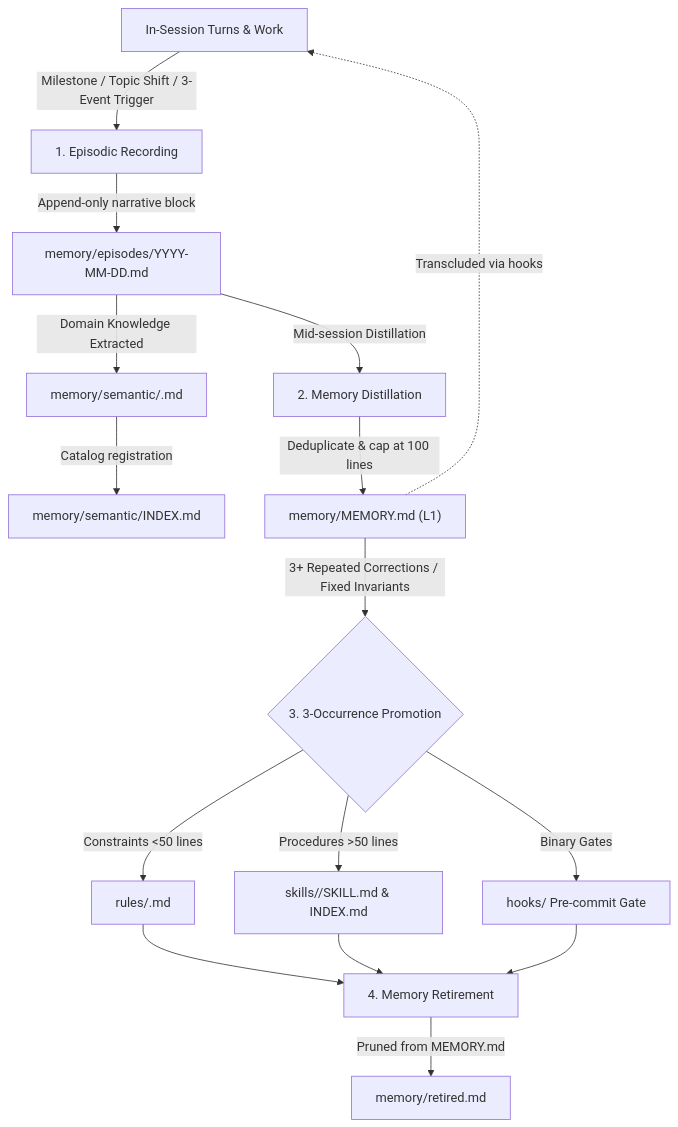
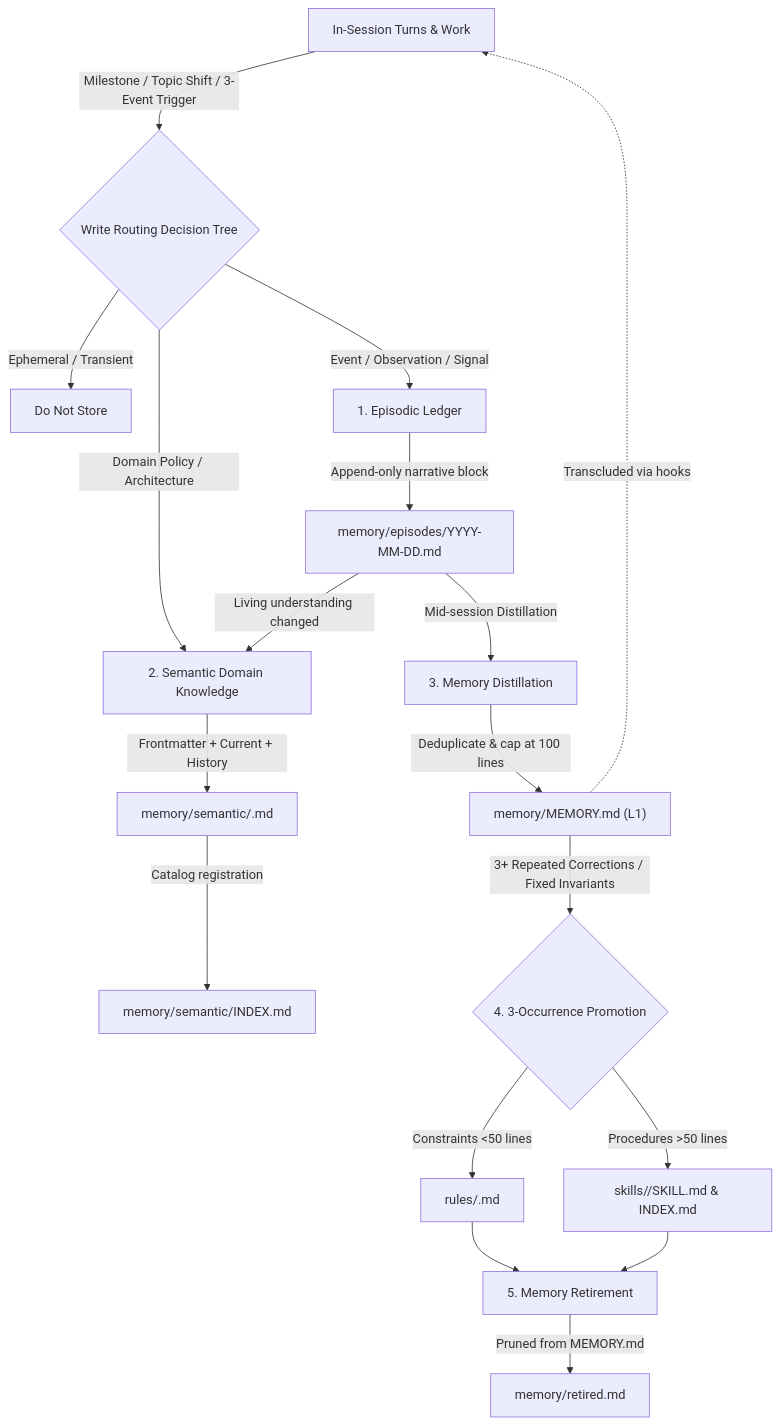
One commit to 2JIHAN/harnemon changed the diagram in docs/memory-architecture.md. Above: the diagram before and after it, drawn with Mermaid. The commit also changed other lines of this file and 8 other files, not shown here.

Commit message:
feat(memory): integrate Write Routing Tree and Current+History format

````diff
--- a/docs/memory-architecture.md
+++ b/docs/memory-architecture.md
@@ -19,22 +19,25 @@
 ```mermaid
 flowchart TD
-    Session[In-Session Turns & Work] -->|Milestone / Topic Shift / 3-Event Trigger| Record[1. Episodic Recording]
+    Session[In-Session Turns & Work] -->|Milestone / Topic Shift / 3-Event Trigger| Route{Write Routing Decision Tree}
+    
+    Route -->|Ephemeral / Transient| Skip[Do Not Store]
+    Route -->|Event / Observation / Signal| Record[1. Episodic Ledger]
     Record -->|Append-only narrative block| Episodes["memory/episodes/YYYY-MM-DD.md"]
     
-    Episodes -->|Domain Knowledge Extracted| Semantic["memory/semantic/<topic>.md"]
-    Semantic -->|Catalog registration| SemIndex["memory/semantic/INDEX.md"]
+    Route -->|Domain Policy / Architecture| Semantic[2. Semantic Domain Knowledge]
+    Episodes -->|Living understanding changed| Semantic
+    Semantic -->|Frontmatter + Current + History| SemDoc["memory/semantic/<topic>.md"]
+    SemDoc -->|Catalog registration| SemIndex["memory/semantic/INDEX.md"]
     
-    Episodes -->|Mid-session Distillation| Distill[2. Memory Distillation]
+    Episodes -->|Mid-session Distillation| Distill[3. Memory Distillation]
     Distill -->|Deduplicate & cap at 100 lines| Memory["memory/MEMORY.md (L1)"]
     Memory -.->|Transcluded via hooks| Session
     
-    Memory -->|3+ Repeated Corrections / Fixed Invariants| Promo{3. 3-Occurrence Promotion}
+    Memory -->|3+ Repeated Corrections / Fixed Invariants| Promo{4. 3-Occurrence Promotion}
     Promo -->|Constraints <50 lines| Rule["rules/<name>.md"]
     Promo -->|Procedures >50 lines| Skill["skills/<name>/SKILL.md & INDEX.md"]
-    Promo -->|Binary Gates| Hook["hooks/ Pre-commit Gate"]
     
-    Rule --> Retire[4. Memory Retirement]
+    Rule --> Retire[5. Memory Retirement]
     Skill --> Retire
-    Hook --> Retire
     Retire -->|Pruned from MEMORY.md| Retired["memory/retired.md"]
 ```
````
